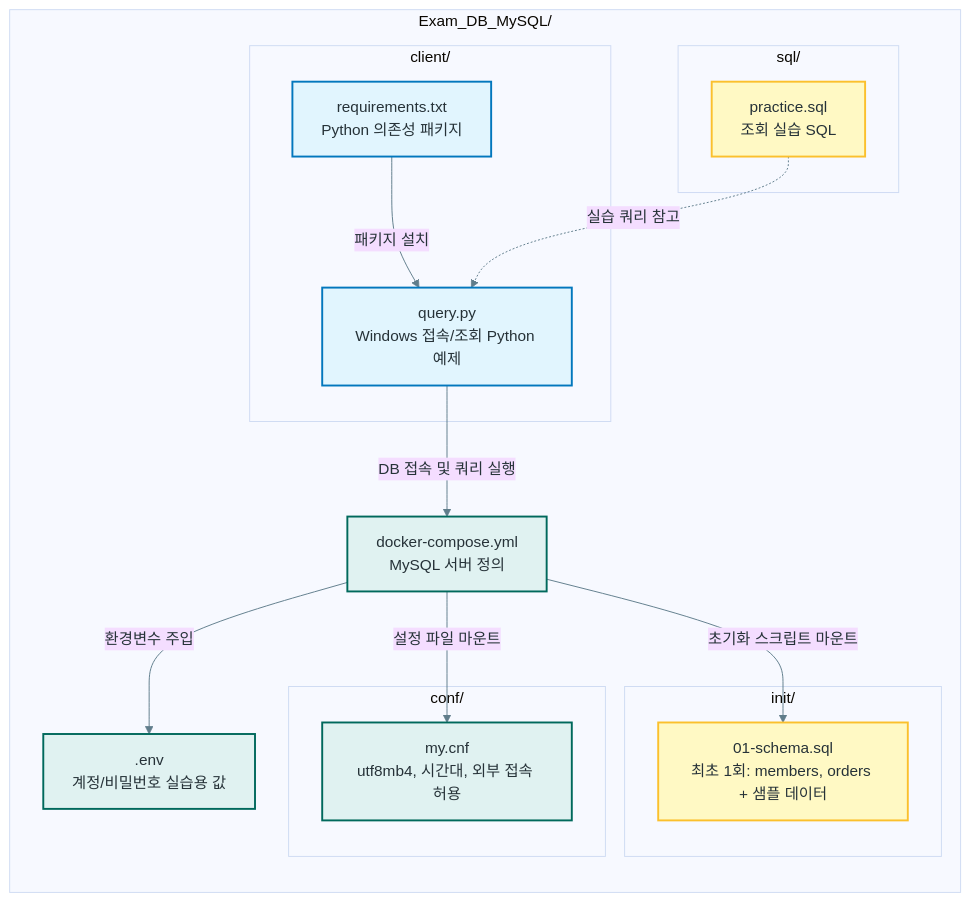
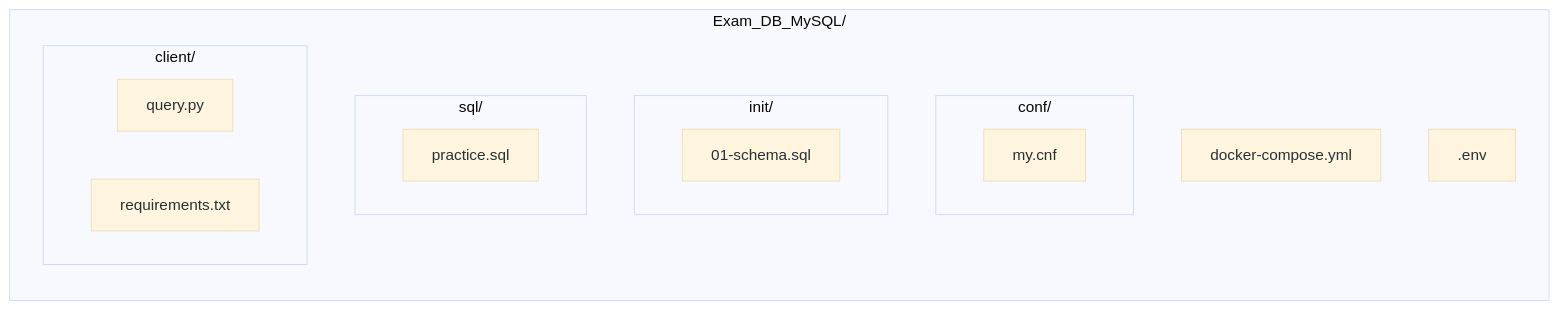
The second of 2 diagrams in 개발자_기초역량/Docker/Exam_DB_MySQL/README.md (simpleego/AX_Service_Builder), drawn with Mermaid before and after one commit.

````diff
--- a/개발자_기초역량/Docker/Exam_DB_MySQL/README.md
+++ b/개발자_기초역량/Docker/Exam_DB_MySQL/README.md
@@ -75,42 +75,26 @@
 ```mermaid
 %%{init: {'theme': 'base', 'themeVariables': { 'primaryTextColor': '#263238', 'lineColor': '#607D8B', 'fontFamily': 'Noto Sans KR, sans-serif'}}}%%
 graph TD
     subgraph Root ["Exam_DB_MySQL/"]
         direction TB
-        DC["docker-compose.yml<br/>MySQL 서버 정의"]
-        ENV[".env<br/>계정/비밀번호 실습용 값"]
+        DC["docker-compose.yml"]
+        ENV[".env"]
 
-        subgraph ConfDir ["conf/"]
-            MYCNF["my.cnf<br/>utf8mb4, 시간대, 외부 접속 허용"]
+        subgraph Conf ["conf/"]
+            MYCNF["my.cnf"]
         end
 
-        subgraph InitDir ["init/"]
-            INITSQL["01-schema.sql<br/>최초 1회: members, orders + 샘플 데이터"]
+        subgraph Init ["init/"]
+            INITSQL["01-schema.sql"]
         end
 
-        subgraph SqlDir ["sql/"]
-            PRACSQL["practice.sql<br/>조회 실습 SQL"]
+        subgraph Sql ["sql/"]
+            PRACSQL["practice.sql"]
         end
 
-        subgraph ClientDir ["client/"]
-            QUERYPY["query.py<br/>Windows 접속/조회 Python 예제"]
-            REQTXT["requirements.txt<br/>Python 의존성 패키지"]
+        subgraph Client ["client/"]
+            QUERYPY["query.py"]
+            REQTXT["requirements.txt"]
         end
     end
-
-    DC -- "환경변수 주입" --> ENV
-    DC -- "설정 파일 마운트" --> MYCNF
-    DC -- "초기화 스크립트 마운트" --> INITSQL
-
-    REQTXT -- "패키지 설치" --> QUERYPY
-    QUERYPY -- "DB 접속 및 쿼리 실행" --> DC
-    PRACSQL -. "실습 쿼리 참고" .-> QUERYPY
-
-    classDef infra fill:#E0F2F1,stroke:#00695C,stroke-width:2px;
-    classDef sql fill:#FFF9C4,stroke:#FBC02D,stroke-width:2px;
-    classDef client fill:#E1F5FE,stroke:#0277BD,stroke-width:2px;
-
-    class DC,ENV,MYCNF infra;
-    class INITSQL,PRACSQL sql;
-    class QUERYPY,REQTXT client;
 ```
````
